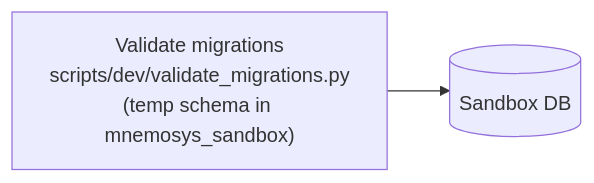
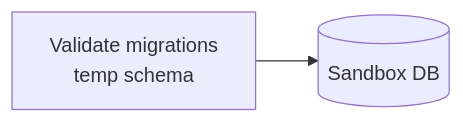
The first of 4 diagrams in docs/diagrams/alembic-migration-workflow.md (wphillipmoore/mnemosys-core), drawn with Mermaid before and after one commit. The commit also changed other lines of this file, not shown here.

Commit message:
Shorten mermaid labels to avoid clipping

````diff
--- a/docs/diagrams/alembic-migration-workflow.md
+++ b/docs/diagrams/alembic-migration-workflow.md
@@ -12,6 +12,6 @@
 ```mermaid
 flowchart LR
-  SBV["Validate migrations<br/>scripts/dev/validate_migrations.py<br/>(temp schema in mnemosys_sandbox)"]
+  SBV["Validate migrations<br/>temp schema"]
   SB[(Sandbox DB)]
   SBV --> SB
 ```
````
